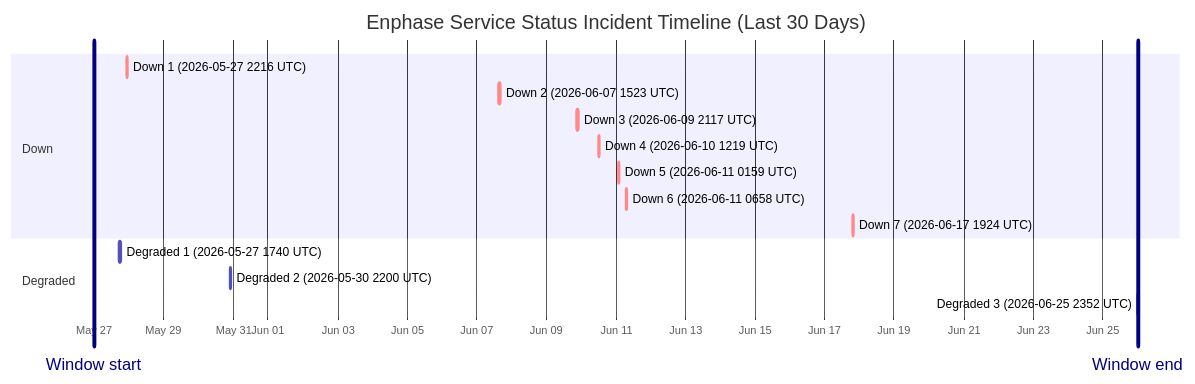
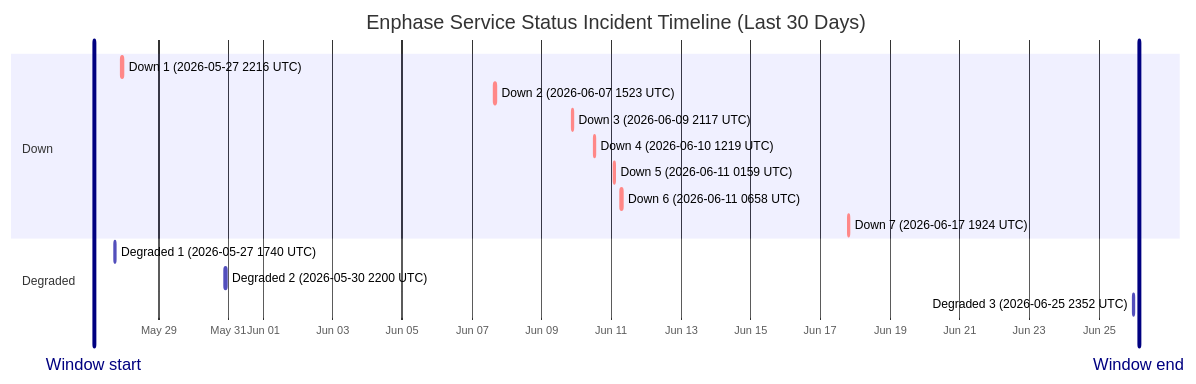
Before and after one commit to barneyonline/ha-enphase-energy: the diagram in wiki/Service-Status-History.md, drawn with Mermaid. The commit also changed other lines of this file and 5 other files, not shown here.

````diff
--- a/wiki/Service-Status-History.md
+++ b/wiki/Service-Status-History.md
@@ -14,20 +14,20 @@
 ```mermaid
 gantt
     title Enphase Service Status Incident Timeline (Last 30 Days)
     dateFormat  YYYY-MM-DDTHH:mm:ss
     axisFormat  %b %d
-    Window start :vert, window-start, 2026-05-26T23:52:01, 0ms
-    Window end :vert, window-end, 2026-06-25T23:52:01, 0ms
+    Window start :vert, window-start, 2026-05-27T03:35:16, 0ms
+    Window end :vert, window-end, 2026-06-26T03:35:16, 0ms
     section Down
     Down 1 (2026-05-27 2216 UTC) :crit, down-1, 2026-05-27T22:16:53, 87m
     Down 2 (2026-06-07 1523 UTC) :crit, down-2, 2026-06-07T15:23:22, 87m
     Down 3 (2026-06-09 2117 UTC) :crit, down-3, 2026-06-09T21:17:17, 60m
     Down 4 (2026-06-10 1219 UTC) :crit, down-4, 2026-06-10T12:19:21, 60m
     Down 5 (2026-06-11 0159 UTC) :crit, down-5, 2026-06-11T01:59:36, 60m
     Down 6 (2026-06-11 0658 UTC) :crit, down-6, 2026-06-11T06:58:45, 60m
     Down 7 (2026-06-17 1924 UTC) :crit, down-7, 2026-06-17T19:24:51, 60m
     section Degraded
     Degraded 1 (2026-05-27 1740 UTC) :active, degraded-1, 2026-05-27T17:40:52, 60m
     Degraded 2 (2026-05-30 2200 UTC) :active, degraded-2, 2026-05-30T22:00:37, 60m
     Degraded 3 (2026-06-25 2352 UTC) :active, degraded-3, 2026-06-25T23:52:01, 60m
 ```
````
